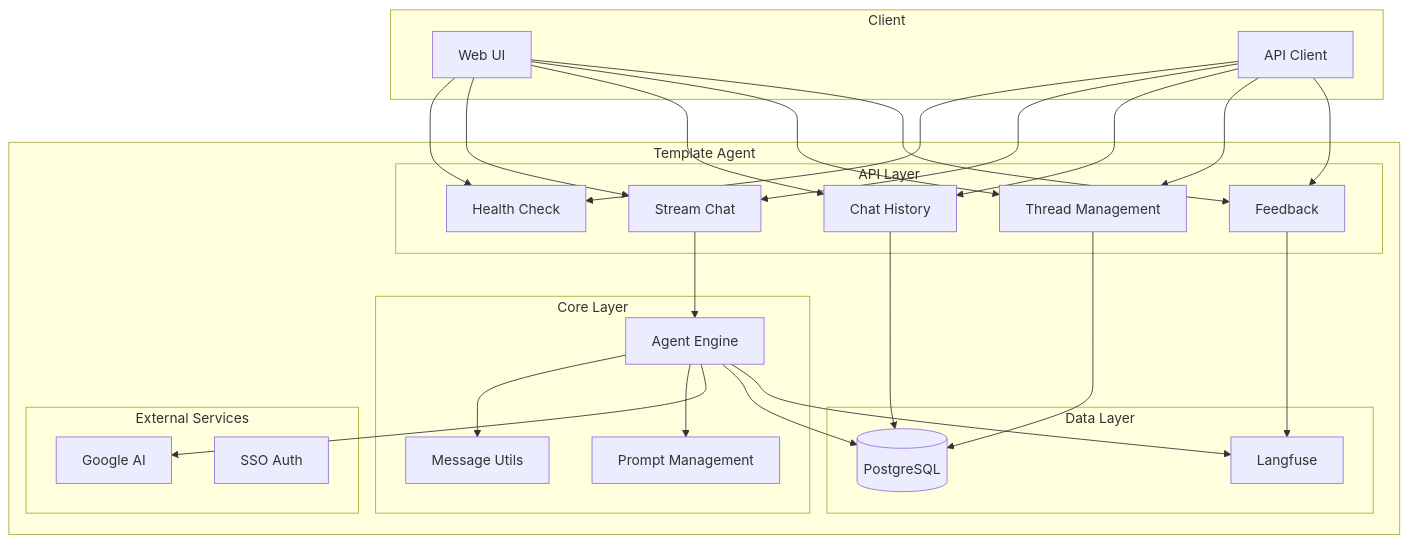
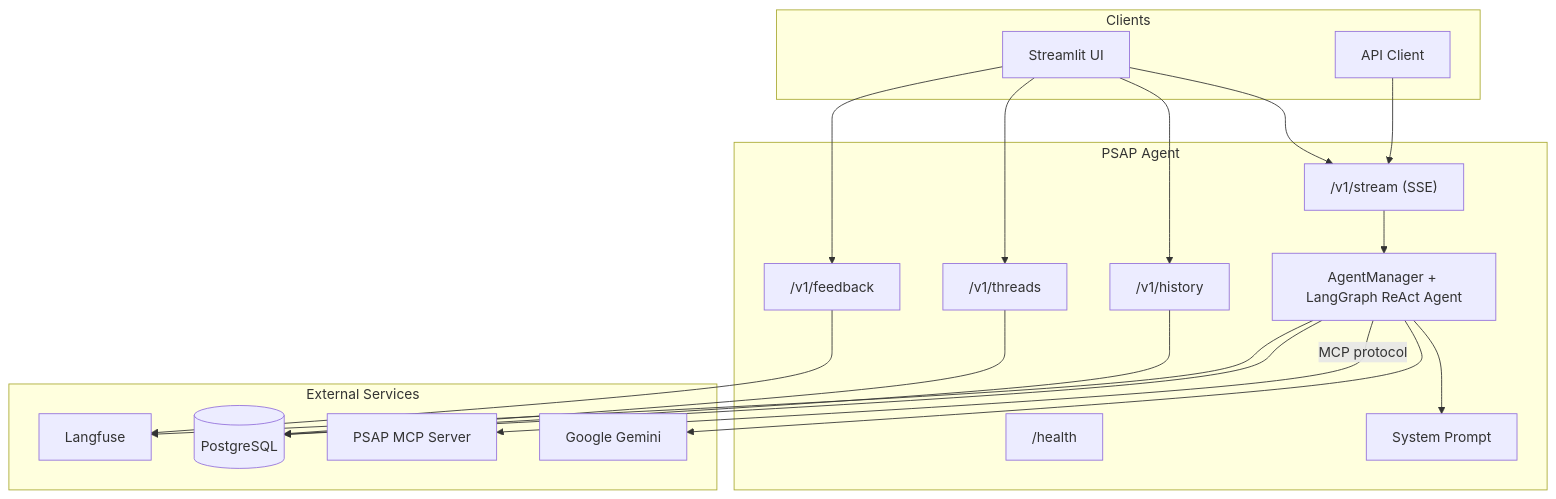
The diagram in psap-agent/README.md (openshift-psap/Performance-Analysis-Agent), drawn with Mermaid before and after one commit. The commit also changed other lines of this file and 55 other files, not shown here.

Commit message:
Improve agent and mcp documentation

````diff
--- a/psap-agent/README.md
+++ b/psap-agent/README.md
@@ -23,56 +10,38 @@
 ```mermaid
 graph TB
-    subgraph "Client"
-        UI[Web UI]
+    subgraph clients [Clients]
+        UI[Streamlit UI]
         API[API Client]
     end
 
-    subgraph "Template Agent"
-        subgraph "API Layer"
-            Health[Health Check]
-            Stream[Stream Chat]
-            History[Chat History]
-            Threads[Thread Management]
-            Feedback[Feedback]
-        end
-
-        subgraph "Core Layer"
-            Agent[Agent Engine]
-            Utils[Message Utils]
-            Prompt[Prompt Management]
-        end
-
-        subgraph "Data Layer"
-            DB[(PostgreSQL)]
-            Langfuse[Langfuse]
-        end
-
-        subgraph "External Services"
-            Google[Google AI]
-            SSO[SSO Auth]
-        end
+    subgraph agent [PSAP Agent]
+        Stream["/v1/stream (SSE)"]
+        History["/v1/history"]
+        Threads["/v1/threads"]
+        Feedback["/v1/feedback"]
+        Health["/health"]
+        Core[AgentManager + LangGraph ReAct Agent]
+        Prompt[System Prompt]
     end
 
-    UI --> Health
+    subgraph external [External Services]
+        MCP[PSAP MCP Server]
+        Gemini[Google Gemini]
+        PG[(PostgreSQL)]
+        LF[Langfuse]
+    end
+
     UI --> Stream
-    UI --> History
-    UI --> Threads
-    UI --> Feedback
+    API --> Stream
+    UI --> History & Threads & Feedback
 
-    API --> Health
-    API --> Stream
-    API --> History
-    API --> Threads
-    API --> Feedback
-
-    Stream --> Agent
-    Agent --> Utils
-    Agent --> Prompt
-    Agent --> Google
-
-    History --> DB
-    Threads --> DB
-    Agent --> DB
-    Agent --> Langfuse
-    Feedback --> Langfuse
+    Stream --> Core
+    Core --> Prompt
+    Core --> Gemini
+    Core -->|MCP protocol| MCP
+    Core --> PG
+    Core --> LF
+    Feedback --> LF
+    History --> PG
+    Threads --> PG
 ```
````
